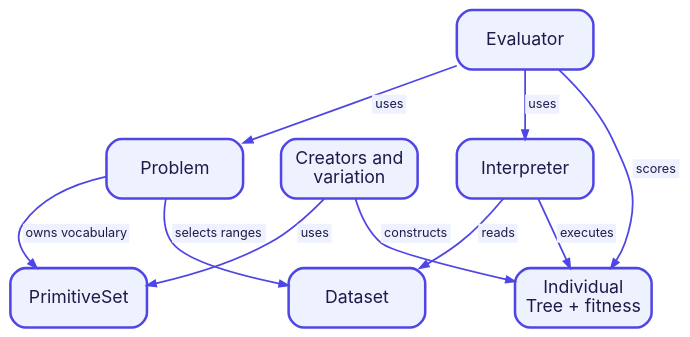
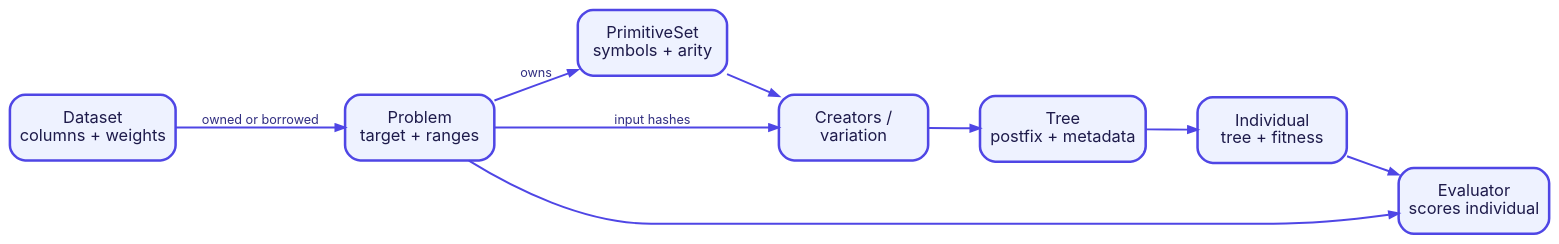
Before and after one commit to heal-research/operon: the diagram in docs/mkdocs/diagrams/core-model.dot, drawn with Graphviz. The commit also changed 19 other files, not shown here.

Commit message:
Expand architecture and API documentation

```diff
--- a/docs/mkdocs/diagrams/core-model.dot
+++ b/docs/mkdocs/diagrams/core-model.dot
@@ -1,23 +1,22 @@
 digraph core_model {
-  graph [rankdir=TB, bgcolor="transparent", nodesep=0.4, ranksep=0.55, pad=0.1];
-  node [shape=box, style="rounded,filled", fillcolor="#EEF2FF", color="#4F46E5", penwidth=2, fontname="Inter", fontsize=14, fontcolor="#1E1B4B", width=1.5, height=0.65, fixedsize=true];
-  edge [color="#4F46E5", penwidth=1.4, arrowsize=0.7, fontname="Inter", fontsize=10, fontcolor="#312E81"];
+  graph [rankdir=LR, bgcolor="transparent", nodesep=0.42, ranksep=0.55, pad=0.12];
+  node [shape=box, style="rounded,filled", fillcolor="#EEF2FF", color="#4F46E5", penwidth=2, fontname="Inter", fontsize=13, fontcolor="#1E1B4B", width=1.64, height=0.72];
+  edge [color="#4F46E5", penwidth=1.5, arrowsize=0.75, fontname="Inter", fontsize=10, fontcolor="#312E81"];
 
-  evaluator [label="Evaluator"];
-  problem [label="Problem"];
-  interpreter [label="Interpreter"];
-  creator [label="Creators and\nvariation"];
-  dataset [label="Dataset"];
-  primitive_set [label="PrimitiveSet"];
-  individual [label="Individual\nTree + fitness"];
+  dataset [label="Dataset\ncolumns + weights"];
+  problem [label="Problem\ntarget + ranges"];
+  primitives [label="PrimitiveSet\nsymbols + arity"];
+  creator [label="Creators /\nvariation"];
+  tree [label="Tree\npostfix + metadata"];
+  individual [label="Individual\ntree + fitness"];
+  evaluator [label="Evaluator\nscores individual"];
 
-  evaluator -> problem [label=<<TABLE BORDER="0" CELLBORDER="0" CELLSPACING="0" CELLPADDING="2" BGCOLOR="#EEF2FF"><TR><TD><FONT COLOR="#1E1B4B">uses</FONT></TD></TR></TABLE>>];
-  evaluator -> interpreter [label=<<TABLE BORDER="0" CELLBORDER="0" CELLSPACING="0" CELLPADDING="2" BGCOLOR="#EEF2FF"><TR><TD><FONT COLOR="#1E1B4B">uses</FONT></TD></TR></TABLE>>];
-  evaluator -> individual [label=<<TABLE BORDER="0" CELLBORDER="0" CELLSPACING="0" CELLPADDING="2" BGCOLOR="#EEF2FF"><TR><TD><FONT COLOR="#1E1B4B">scores</FONT></TD></TR></TABLE>>];
-  problem -> dataset [label=<<TABLE BORDER="0" CELLBORDER="0" CELLSPACING="0" CELLPADDING="2" BGCOLOR="#EEF2FF"><TR><TD><FONT COLOR="#1E1B4B">selects ranges</FONT></TD></TR></TABLE>>];
-  problem -> primitive_set [label=<<TABLE BORDER="0" CELLBORDER="0" CELLSPACING="0" CELLPADDING="2" BGCOLOR="#EEF2FF"><TR><TD><FONT COLOR="#1E1B4B">owns vocabulary</FONT></TD></TR></TABLE>>];
-  creator -> primitive_set [label=<<TABLE BORDER="0" CELLBORDER="0" CELLSPACING="0" CELLPADDING="2" BGCOLOR="#EEF2FF"><TR><TD><FONT COLOR="#1E1B4B">uses</FONT></TD></TR></TABLE>>];
-  creator -> individual [label=<<TABLE BORDER="0" CELLBORDER="0" CELLSPACING="0" CELLPADDING="2" BGCOLOR="#EEF2FF"><TR><TD><FONT COLOR="#1E1B4B">constructs</FONT></TD></TR></TABLE>>];
-  interpreter -> dataset [label=<<TABLE BORDER="0" CELLBORDER="0" CELLSPACING="0" CELLPADDING="2" BGCOLOR="#EEF2FF"><TR><TD><FONT COLOR="#1E1B4B">reads</FONT></TD></TR></TABLE>>];
-  interpreter -> individual [label=<<TABLE BORDER="0" CELLBORDER="0" CELLSPACING="0" CELLPADDING="2" BGCOLOR="#EEF2FF"><TR><TD><FONT COLOR="#1E1B4B">executes</FONT></TD></TR></TABLE>>];
+  dataset -> problem [label="owned or borrowed"];
+  problem -> primitives [label="owns"];
+  problem -> creator [label="input hashes"];
+  primitives -> creator;
+  creator -> tree;
+  tree -> individual;
+  problem -> evaluator;
+  individual -> evaluator;
 }
```
